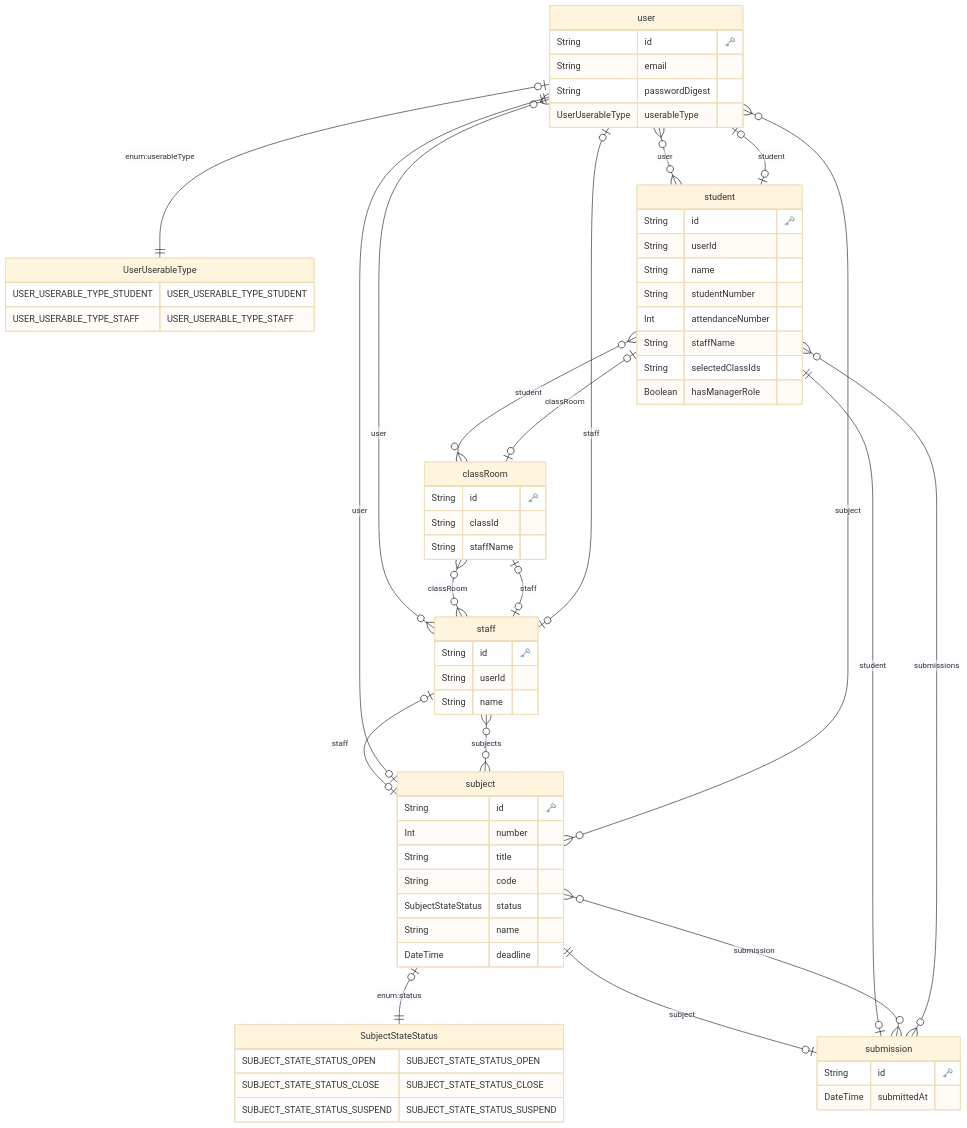
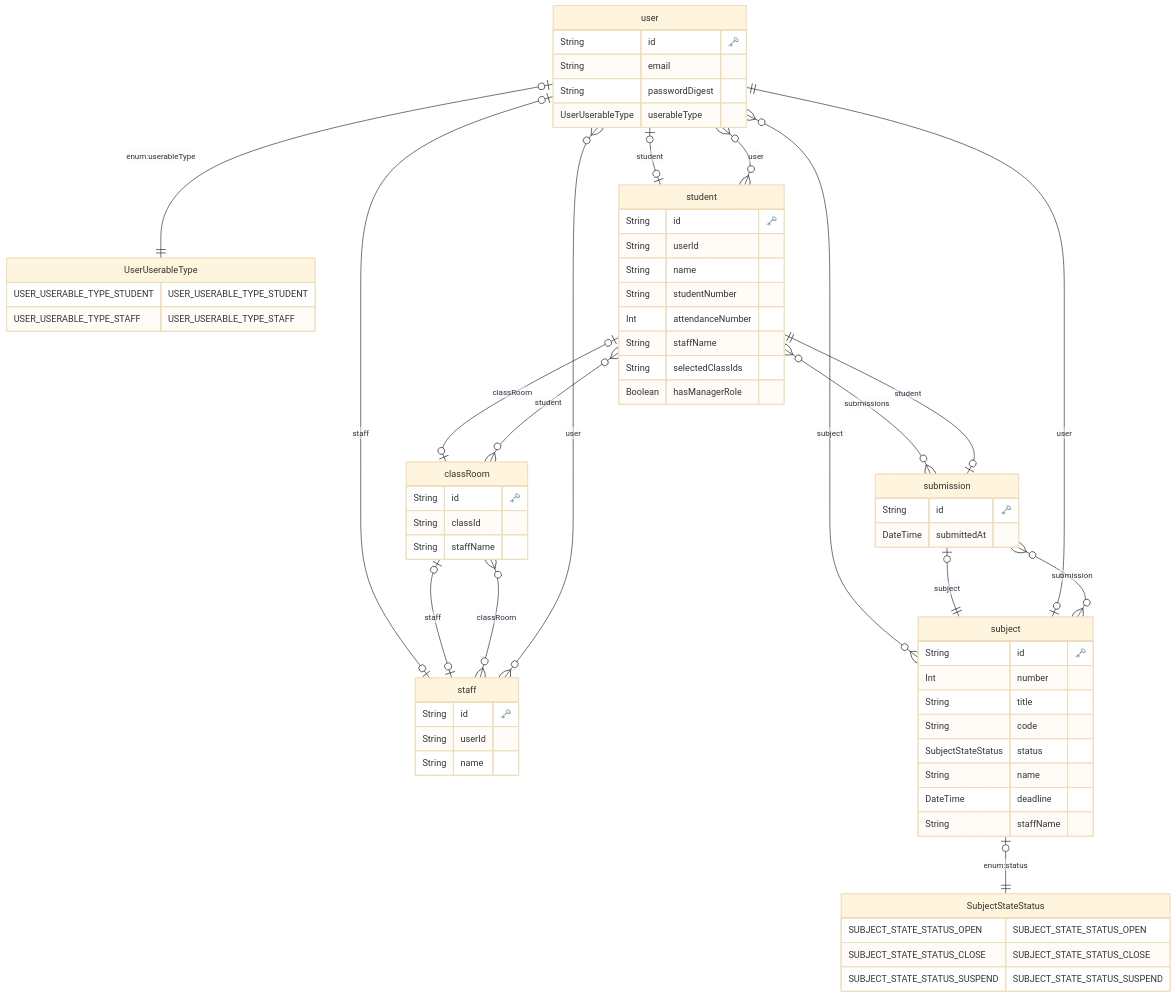
The diagram in packages/backend/prisma/erd.md (na2na-p/-AssignmentManagement), drawn with Mermaid (base theme) before and after one commit. The commit also changed 4 other files, not shown here.

````diff
--- a/packages/backend/prisma/erd.md
+++ b/packages/backend/prisma/erd.md
@@ -56,6 +56,7 @@
     SubjectStateStatus status 
     String name 
     DateTime deadline 
+    String staffName 
     }
   
 
@@ -71,7 +72,6 @@
     "student" o|--|o "classRoom" : "classRoom"
     "student" o{--}o "submission" : "submissions"
     "student" o{--}o "user" : "user"
-    "staff" o{--}o "subject" : "subjects"
     "staff" o{--}o "classRoom" : "classRoom"
     "staff" o{--}o "user" : "user"
     "classRoom" o|--|o "staff" : "staff"
@@ -79,7 +79,6 @@
     "subject" o|--|| "SubjectStateStatus" : "enum:status"
     "subject" o|--|| "user" : "user"
     "subject" o{--}o "submission" : "submission"
-    "subject" o|--|o "staff" : "staff"
     "submission" o|--|| "student" : "student"
     "submission" o|--|| "subject" : "subject"
 ```
````
